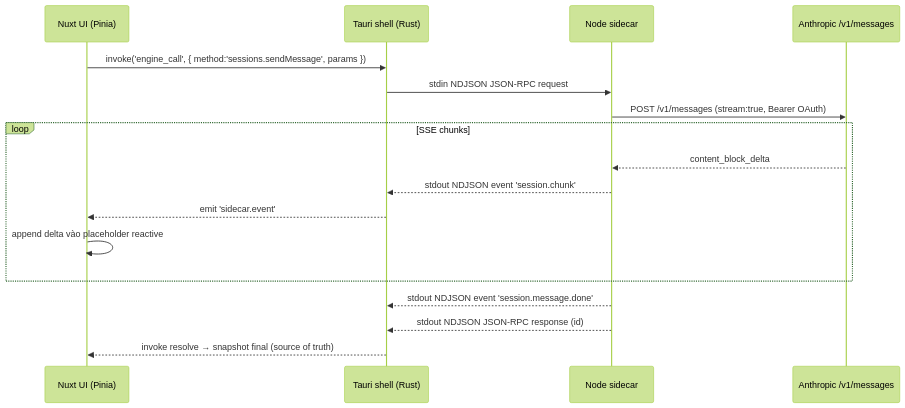
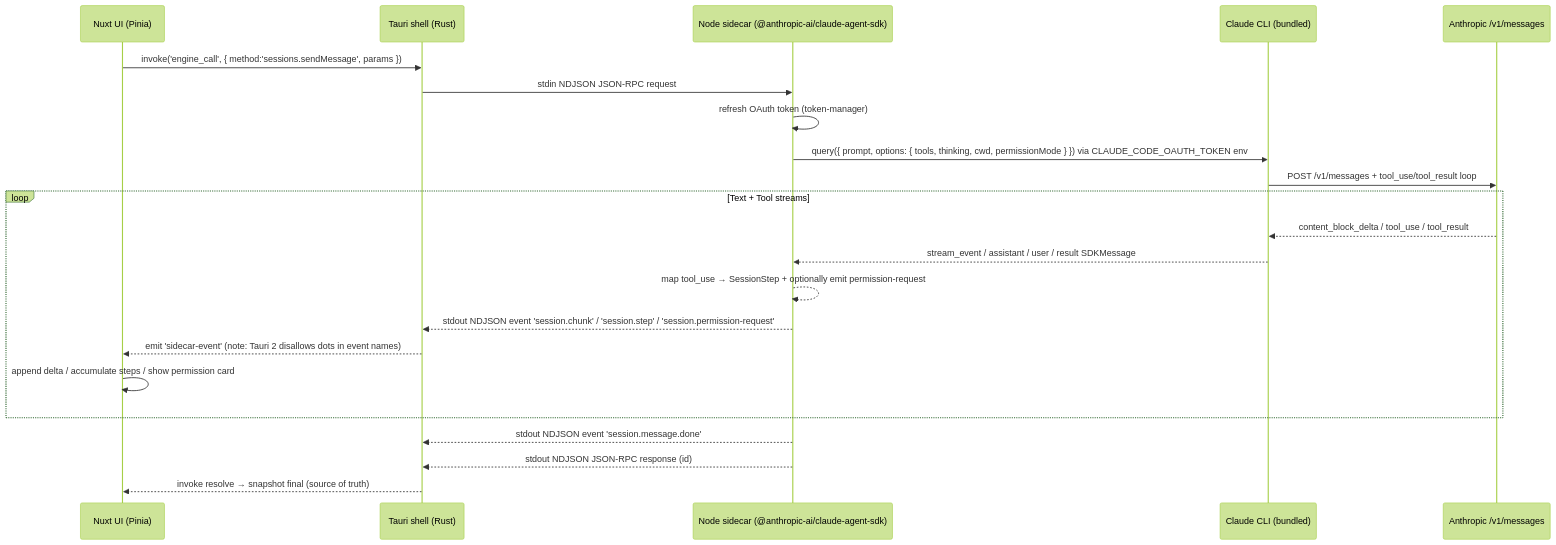
The diagram in docs/features/sessions.md (boykioyb/awog), drawn with Mermaid (forest theme) before and after one commit. The commit also changed other lines of this file and 12 other files, not shown here.

````diff
--- a/docs/features/sessions.md
+++ b/docs/features/sessions.md
@@ -15,20 +17,25 @@
 ```mermaid
 sequenceDiagram
     participant UI as Nuxt UI (Pinia)
     participant Tauri as Tauri shell (Rust)
-    participant Side as Node sidecar
+    participant Side as Node sidecar (@anthropic-ai/claude-agent-sdk)
+    participant SDK as Claude CLI (bundled)
     participant API as Anthropic /v1/messages
 
     UI->>Tauri: invoke('engine_call', { method:'sessions.sendMessage', params })
     Tauri->>Side: stdin NDJSON JSON-RPC request
-    Side->>API: POST /v1/messages (stream:true, Bearer OAuth)
-    loop SSE chunks
-        API-->>Side: content_block_delta
-        Side-->>Tauri: stdout NDJSON event 'session.chunk'
-        Tauri-->>UI: emit 'sidecar.event'
-        UI->>UI: append delta vào placeholder reactive
+    Side->>Side: refresh OAuth token (token-manager)
+    Side->>SDK: query({ prompt, options: { tools, thinking, cwd, permissionMode } }) via CLAUDE_CODE_OAUTH_TOKEN env
+    SDK->>API: POST /v1/messages + tool_use/tool_result loop
+    loop Text + Tool streams
+        API-->>SDK: content_block_delta / tool_use / tool_result
+        SDK-->>Side: stream_event / assistant / user / result SDKMessage
+        Side-->>Side: map tool_use → SessionStep + optionally emit permission-request
+        Side-->>Tauri: stdout NDJSON event 'session.chunk' / 'session.step' / 'session.permission-request'
+        Tauri-->>UI: emit 'sidecar-event' (note: Tauri 2 disallows dots in event names)
+        UI->>UI: append delta / accumulate steps / show permission card
     end
     Side-->>Tauri: stdout NDJSON event 'session.message.done'
     Side-->>Tauri: stdout NDJSON JSON-RPC response (id)
     Tauri-->>UI: invoke resolve → snapshot final (source of truth)
 ```
````
